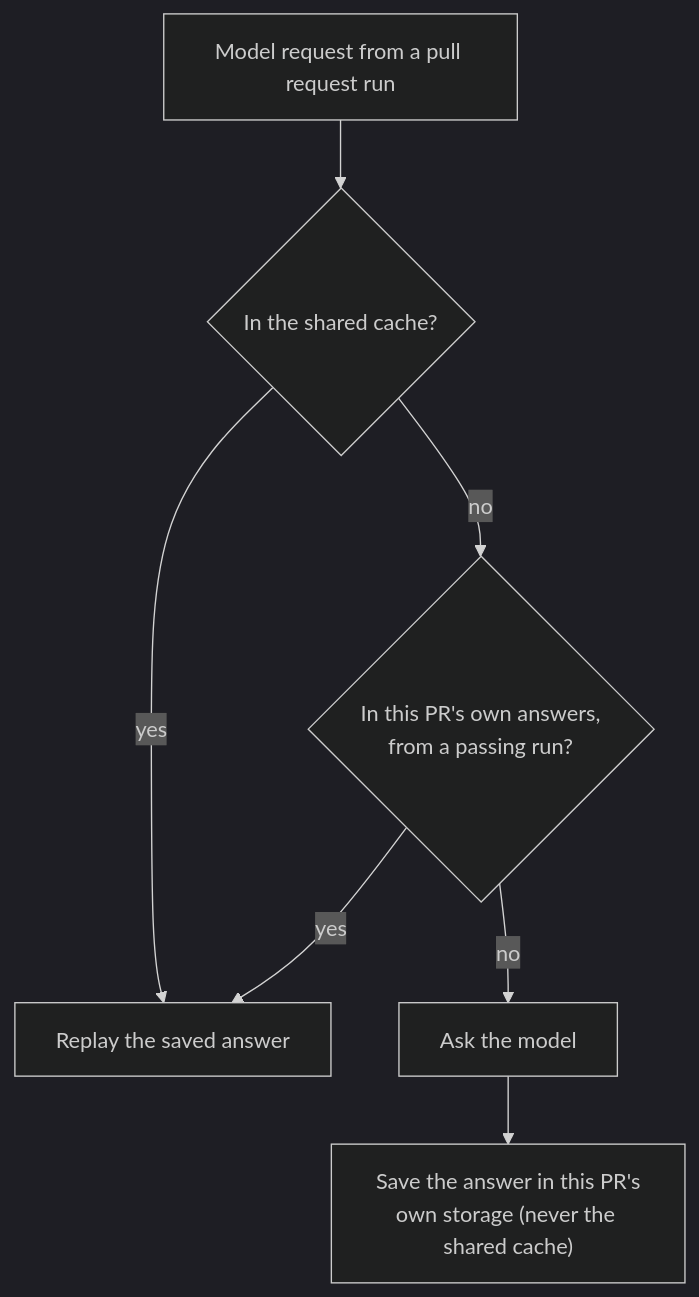
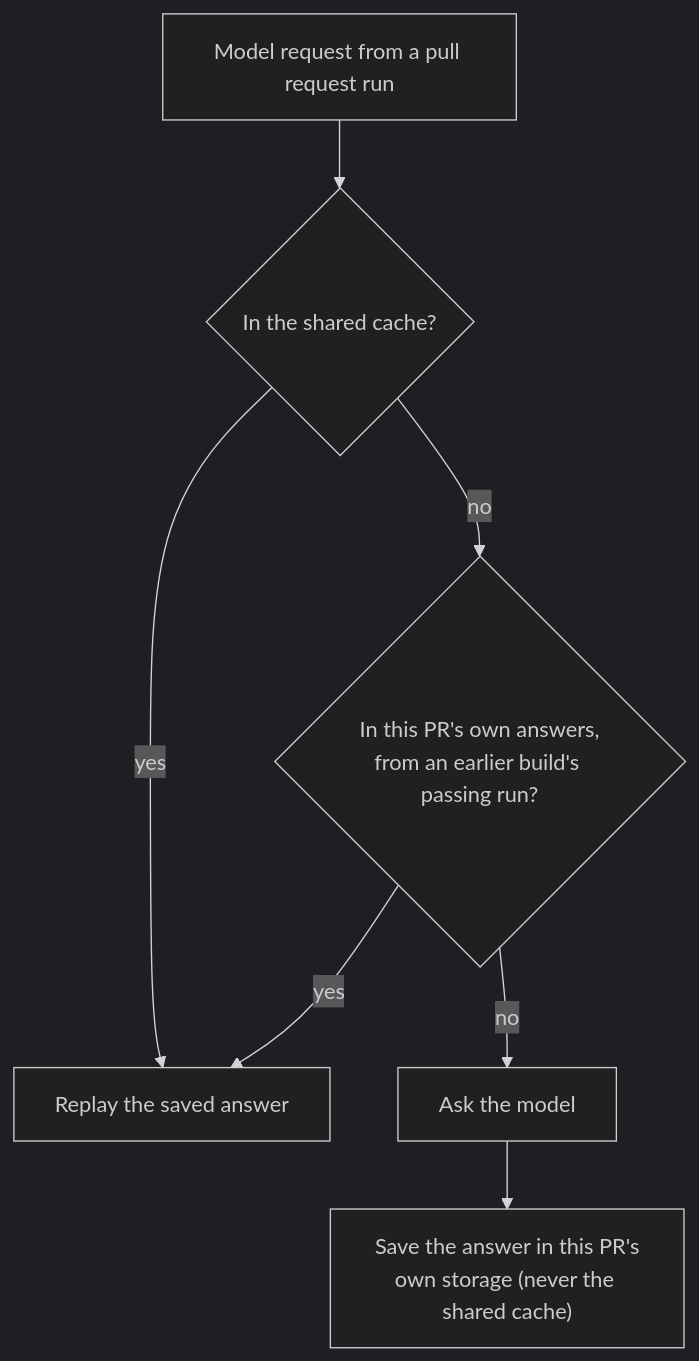
The sixth of 6 diagrams in examples/inference-replay/eval-design.md (gke-labs/kube-agents), drawn with Mermaid (dark theme) before and after one commit.

Commit message:
docs(inference-replay): lookup diagram says earlier builds only

````diff
--- a/examples/inference-replay/eval-design.md
+++ b/examples/inference-replay/eval-design.md
@@ -372,14 +372,14 @@
 ```mermaid
 flowchart TD
     req["Model request from a pull request run"]
     shared{"In the shared cache?"}
-    own{"In this PR's own answers,<br/>from a passing run?"}
+    own{"In this PR's own answers,<br/>from an earlier build's passing run?"}
     replay["Replay the saved answer"]
     model["Ask the model"]
     save["Save the answer in this PR's<br/>own storage (never the shared cache)"]
     req --> shared
     shared -- "yes" --> replay
     shared -- "no" --> own
     own -- "yes" --> replay
     own -- "no" --> model --> save
 ```
````
